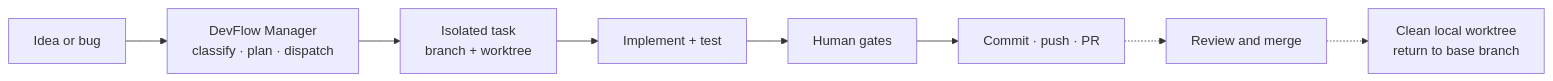
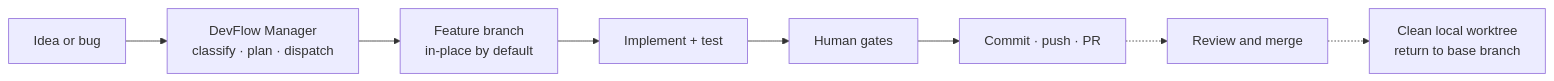
The diagram in README.md (starme/devflow), drawn with Mermaid before and after one commit. The commit also changed other lines of this file and 13 other files, not shown here.

````diff
--- a/README.md
+++ b/README.md
@@ -11,10 +11,10 @@
 ```mermaid
 flowchart LR
     A["Idea or bug"] --> M["DevFlow Manager<br/>classify · plan · dispatch"]
-    M --> W["Isolated task<br/>branch + worktree"]
+    M --> W["Feature branch<br/>in-place by default"]
     W --> T["Implement + test"]
     T --> H["Human gates"]
     H --> P["Commit · push · PR"]
     P -.-> R["Review and merge"]
     R -.-> C["Clean local worktree<br/>return to base branch"]
 ```
````
